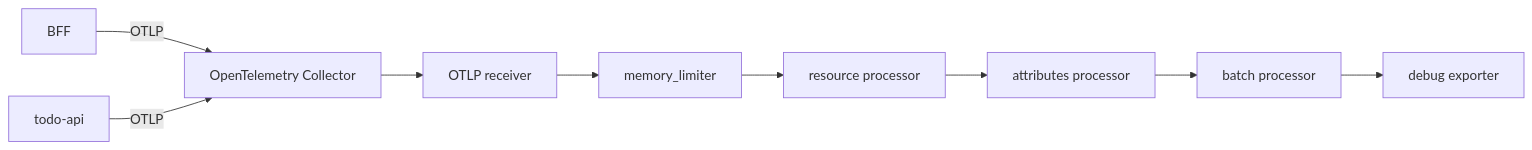
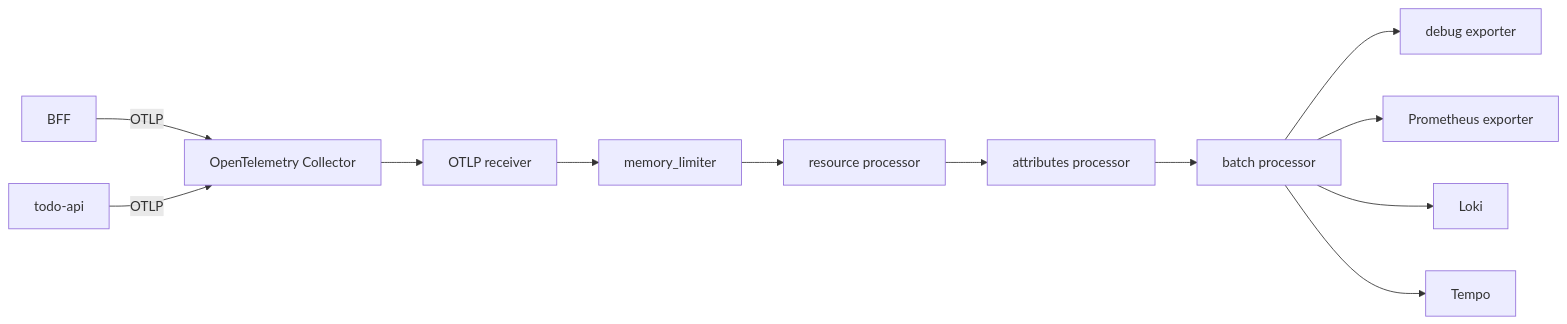
Before and after one commit to yrw9281/IT30.Platform.Engineering: the diagram in doc/zh-tw/D11.md, drawn with Mermaid. The commit also changed other lines of this file and 10 other files, not shown here.

````diff
--- a/doc/zh-tw/D11.md
+++ b/doc/zh-tw/D11.md
@@ -19,12 +19,15 @@
 ```mermaid
 flowchart LR
     BFF[BFF] -->|OTLP| Collector[OpenTelemetry Collector]
     TodoAPI[todo-api] -->|OTLP| Collector
 
     Collector --> Receiver[OTLP receiver]
     Receiver --> Memory[memory_limiter]
     Memory --> Resource[resource processor]
     Resource --> Attributes[attributes processor]
     Attributes --> Batch[batch processor]
     Batch --> Debug[debug exporter]
+    Batch --> Prometheus[Prometheus exporter]
+    Batch --> Loki[Loki]
+    Batch --> Tempo[Tempo]
 ```
````
